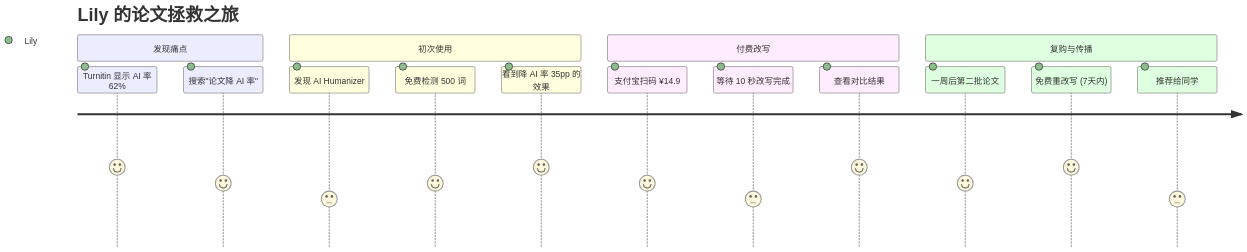
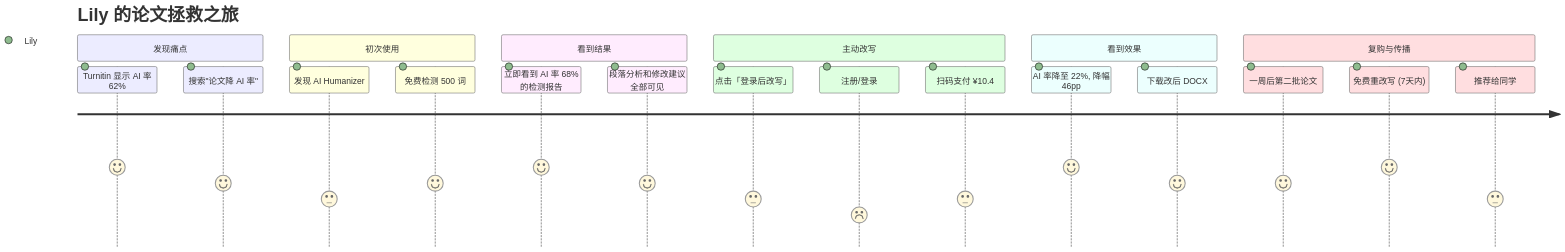
Before and after one commit to tjzzz/ipengAI_projects: the third of 7 diagrams in projects/aigc-humanizer-en/docs/PRD.md, drawn with Mermaid. The commit also changed other lines of this file and 10 other files, not shown here.

First line of the commit message:
feat: progressive interaction flow and interaction improvements

````diff
--- a/projects/aigc-humanizer-en/docs/PRD.md
+++ b/projects/aigc-humanizer-en/docs/PRD.md
@@ -97,19 +97,24 @@
 ```mermaid
 journey
     title Lily 的论文拯救之旅
     section 发现痛点
       Turnitin 显示 AI 率 62%: 5: Lily
       搜索"论文降 AI 率": 4: Lily
     section 初次使用
       发现 AI Humanizer: 3: Lily
       免费检测 500 词: 4: Lily
-      看到降 AI 率 35pp 的效果: 5: Lily
-    section 付费改写
-      支付宝扫码 ¥14.9: 4: Lily
-      等待 10 秒改写完成: 3: Lily
-      查看对比结果: 5: Lily
+    section 看到结果
+      立即看到 AI 率 68% 的检测报告: 5: Lily
+      段落分析和修改建议全部可见: 4: Lily
+    section 主动改写
+      点击「登录后改写」: 3: Lily
+      注册/登录: 2: Lily
+      扫码支付 ¥10.4: 3: Lily
+    section 看到效果
+      AI 率降至 22%, 降幅 46pp: 5: Lily
+      下载改后 DOCX: 4: Lily
     section 复购与传播
       一周后第二批论文: 4: Lily
       免费重改写 (7天内): 5: Lily
       推荐给同学: 3: Lily
 ```
````
